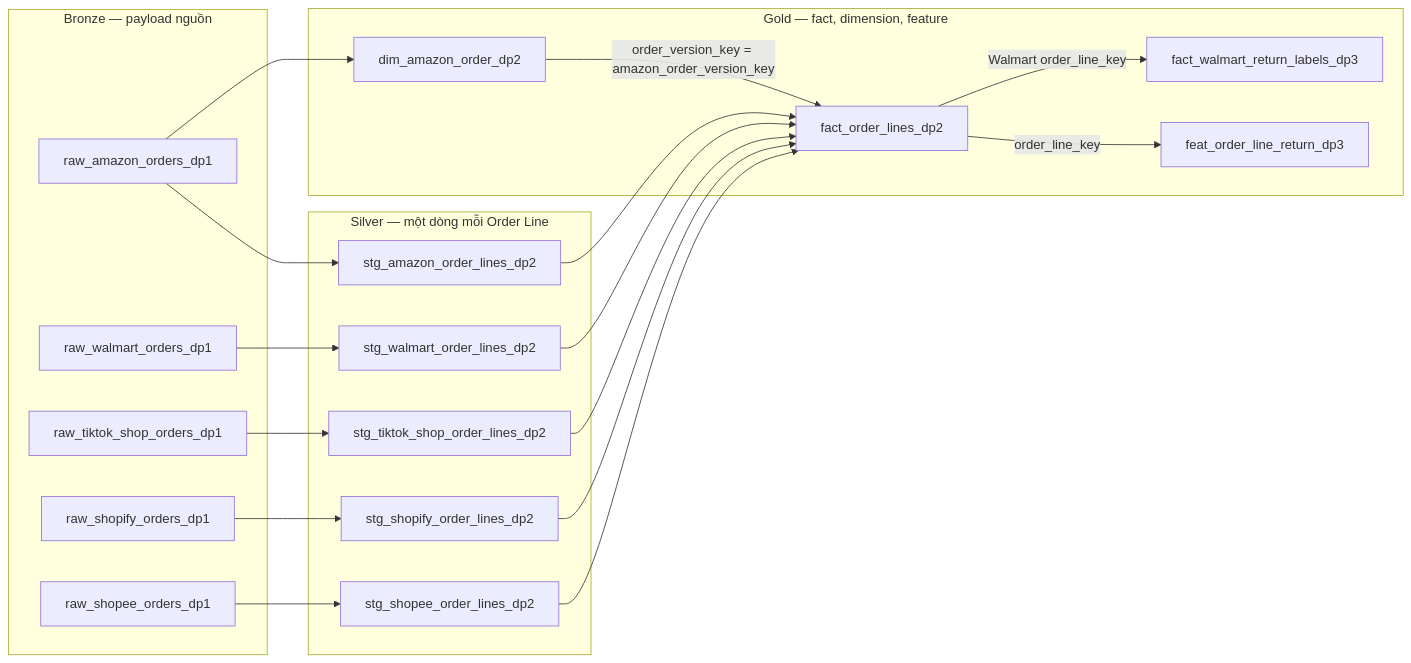
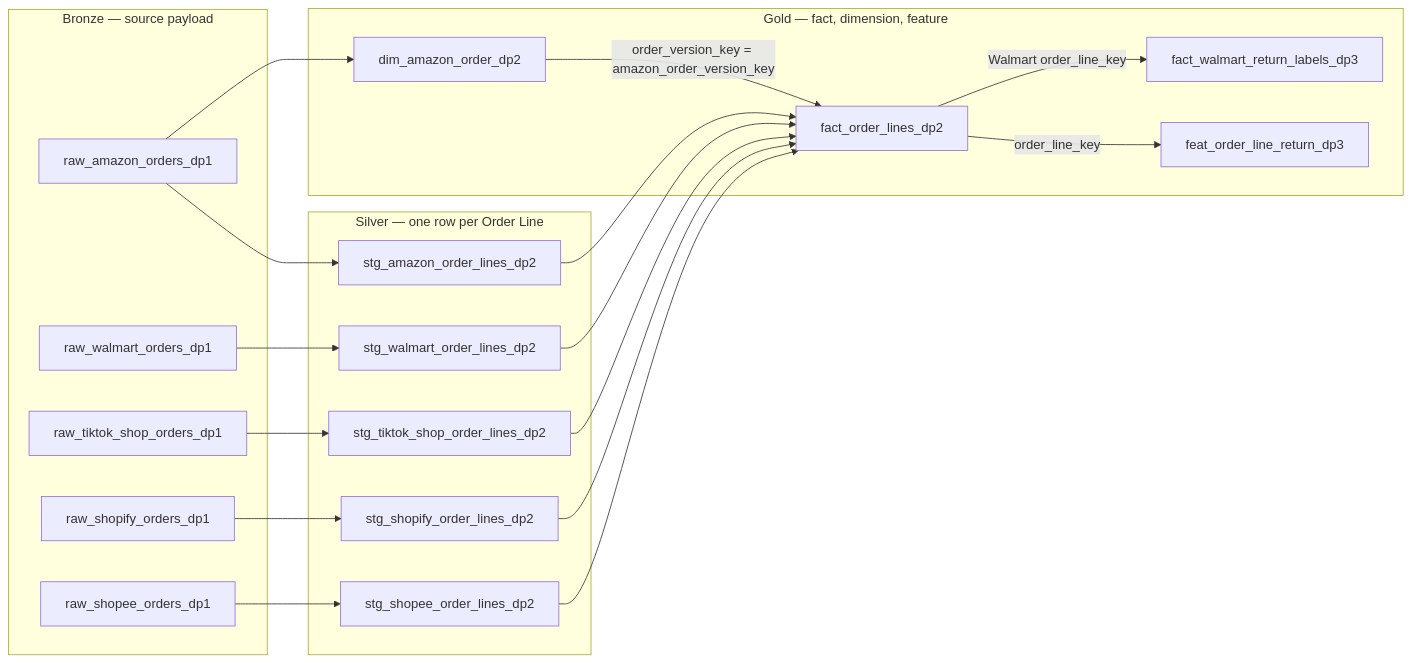
One commit to Babyfat012/multi-channel-data-ai-platform changed the diagram in docs/data-platform/schema_design.md. Above: the diagram before and after it, drawn with Mermaid. The commit also changed other lines of this file and 88 other files, not shown here.

````diff
--- a/docs/data-platform/schema_design.md
+++ b/docs/data-platform/schema_design.md
@@ -134,32 +134,32 @@
 ```mermaid
 flowchart LR
-  subgraph B[Bronze — payload nguồn]
+  subgraph B[Bronze — source payload]
     ba[raw_amazon_orders_dp1]
     bw[raw_walmart_orders_dp1]
     bt[raw_tiktok_shop_orders_dp1]
     bs[raw_shopify_orders_dp1]
     bh[raw_shopee_orders_dp1]
   end
-  subgraph S[Silver — một dòng mỗi Order Line]
+  subgraph S[Silver — one row per Order Line]
     sa[stg_amazon_order_lines_dp2]
     sw[stg_walmart_order_lines_dp2]
     st[stg_tiktok_shop_order_lines_dp2]
     ss[stg_shopify_order_lines_dp2]
     sh[stg_shopee_order_lines_dp2]
   end
   subgraph G[Gold — fact, dimension, feature]
     f[fact_order_lines_dp2]
     d[dim_amazon_order_dp2]
     feat[feat_order_line_return_dp3]
     label[fact_walmart_return_labels_dp3]
   end
   ba --> sa --> f
   bw --> sw --> f
   bt --> st --> f
   bs --> ss --> f
   bh --> sh --> f
   ba --> d
   d -- order_version_key = amazon_order_version_key --> f
   f -- order_line_key --> feat
   f -- Walmart order_line_key --> label
 ```
````
